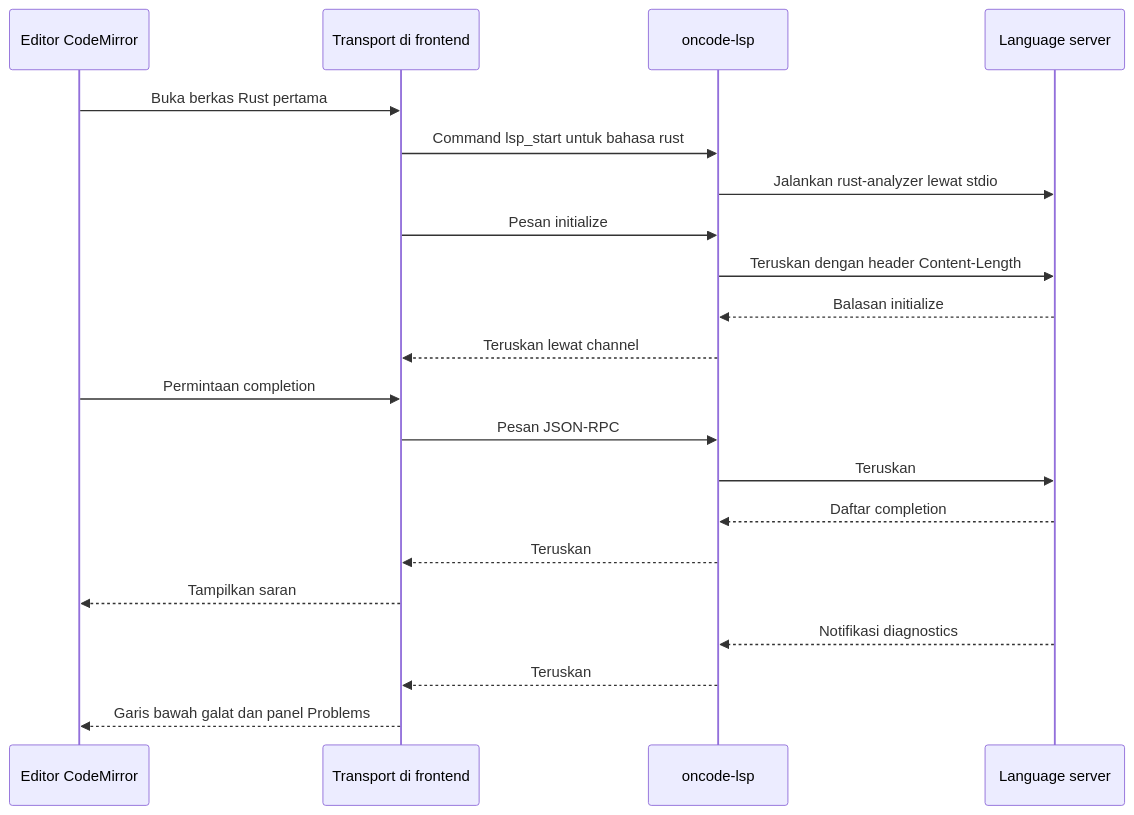
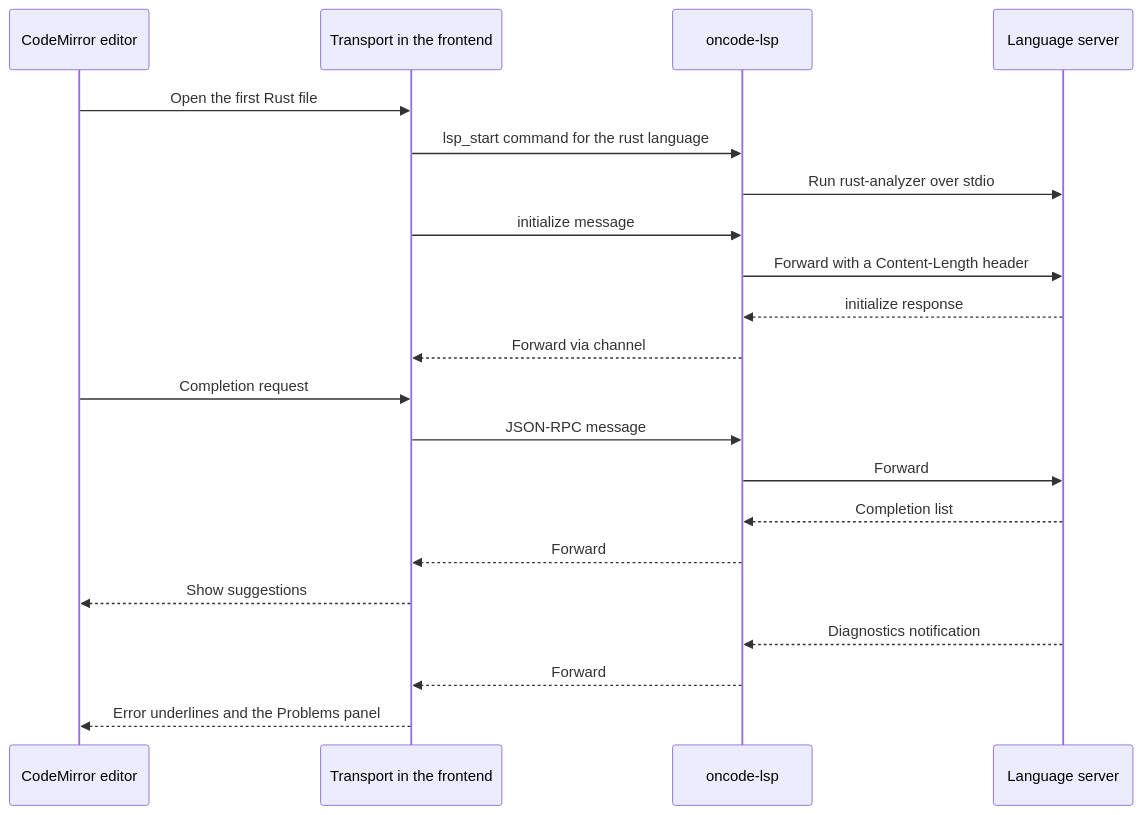
The sixth of 6 diagrams in docs/archive/DESIGN-v0.2-tauri.md (OkkyRoyDirgantara/oncode), drawn with Mermaid before and after one commit. The commit also changed other lines of this file and 240 other files, not shown here.

````diff
--- a/docs/archive/DESIGN-v0.2-tauri.md
+++ b/docs/archive/DESIGN-v0.2-tauri.md
@@ -918,24 +918,24 @@
 ```mermaid
 sequenceDiagram
-    participant E as Editor CodeMirror
-    participant T as Transport di frontend
+    participant E as CodeMirror editor
+    participant T as Transport in the frontend
     participant L as oncode-lsp
     participant S as Language server
 
-    E->>T: Buka berkas Rust pertama
-    T->>L: Command lsp_start untuk bahasa rust
-    L->>S: Jalankan rust-analyzer lewat stdio
-    T->>L: Pesan initialize
-    L->>S: Teruskan dengan header Content-Length
-    S-->>L: Balasan initialize
-    L-->>T: Teruskan lewat channel
-    E->>T: Permintaan completion
-    T->>L: Pesan JSON-RPC
-    L->>S: Teruskan
-    S-->>L: Daftar completion
-    L-->>T: Teruskan
-    T-->>E: Tampilkan saran
-    S-->>L: Notifikasi diagnostics
-    L-->>T: Teruskan
-    T-->>E: Garis bawah galat dan panel Problems
+    E->>T: Open the first Rust file
+    T->>L: lsp_start command for the rust language
+    L->>S: Run rust-analyzer over stdio
+    T->>L: initialize message
+    L->>S: Forward with a Content-Length header
+    S-->>L: initialize response
+    L-->>T: Forward via channel
+    E->>T: Completion request
+    T->>L: JSON-RPC message
+    L->>S: Forward
+    S-->>L: Completion list
+    L-->>T: Forward
+    T-->>E: Show suggestions
+    S-->>L: Diagnostics notification
+    L-->>T: Forward
+    T-->>E: Error underlines and the Problems panel
 ```
````
